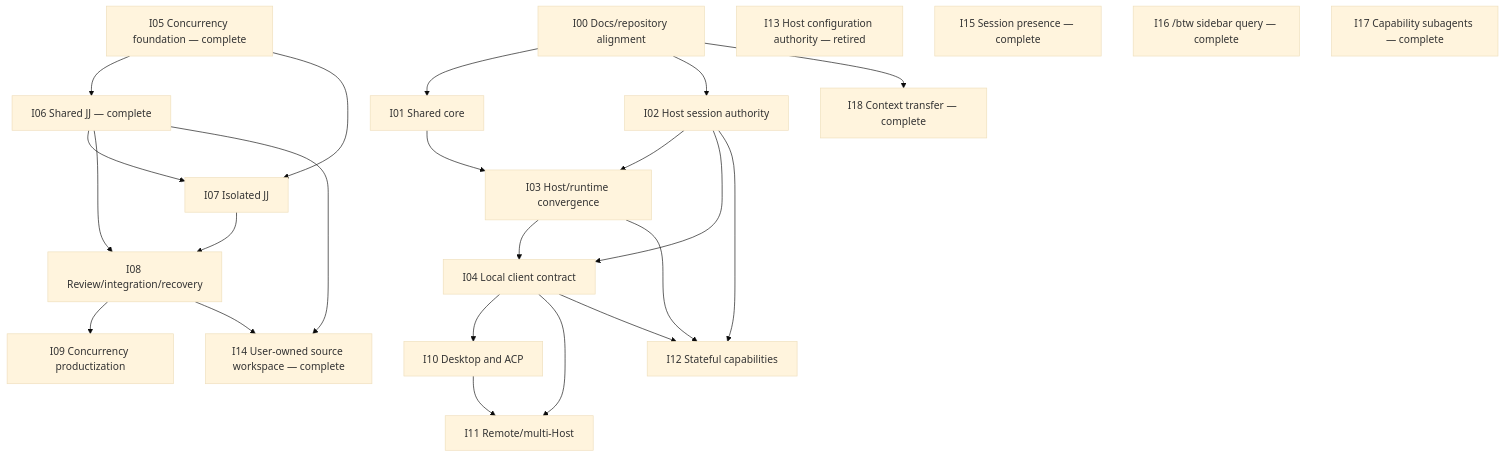
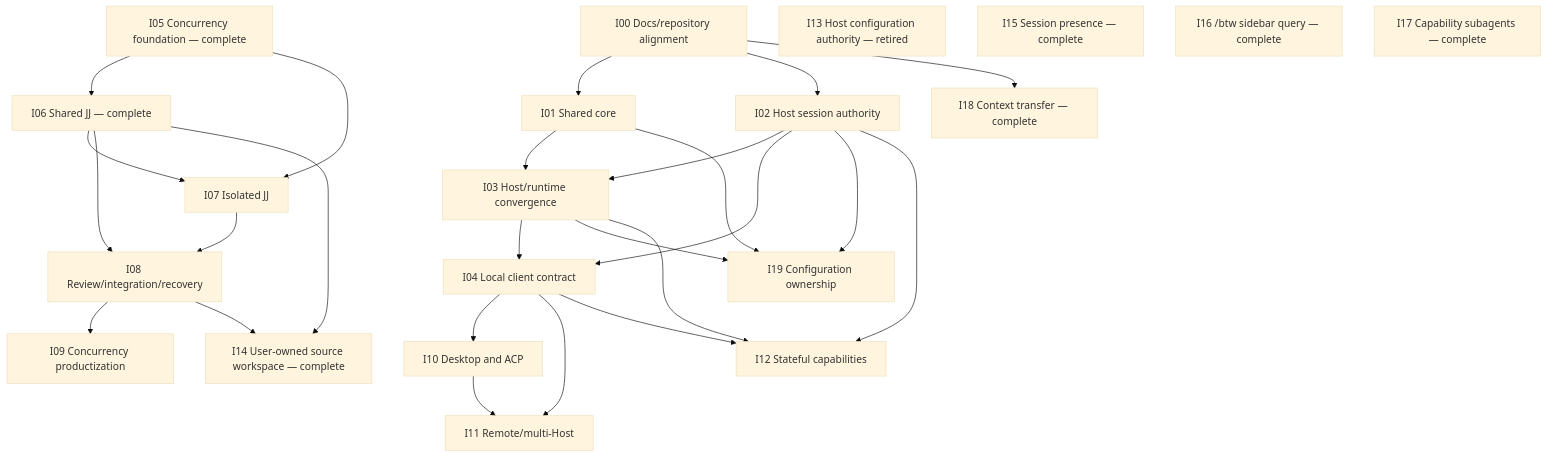
Before and after one commit to xavierchanth/pi-guardian: the diagram in docs/roadmap/README.md, drawn with Mermaid (base theme). The commit also changed other lines of this file and 1 other file, not shown here.

Commit message:
docs(roadmap): add configuration ownership initiative

````diff
--- a/docs/roadmap/README.md
+++ b/docs/roadmap/README.md
@@ -48,46 +49,50 @@
 ```mermaid
 graph TD
   I00[I00 Docs/repository alignment]
   I01[I01 Shared core]
   I02[I02 Host session authority]
   I03[I03 Host/runtime convergence]
   I04[I04 Local client contract]
   I05[I05 Concurrency foundation — complete]
   I06[I06 Shared JJ — complete]
   I07[I07 Isolated JJ]
   I08[I08 Review/integration/recovery]
   I09[I09 Concurrency productization]
   I10[I10 Desktop and ACP]
   I11[I11 Remote/multi-Host]
   I12[I12 Stateful capabilities]
   I13[I13 Host configuration authority — retired]
   I14[I14 User-owned source workspace — complete]
   I15[I15 Session presence — complete]
   I16[I16 /btw sidebar query — complete]
   I17[I17 Capability subagents — complete]
   I18[I18 Context transfer — complete]
+  I19[I19 Configuration ownership]
 
   I00 --> I01
   I00 --> I02
   I01 --> I03
   I02 --> I03
   I02 --> I04
   I03 --> I04
   I00 --> I18
+  I01 --> I19
+  I02 --> I19
+  I03 --> I19
 
   I05 --> I06
   I05 --> I07
   I06 --> I07
   I06 --> I08
   I07 --> I08
   I08 --> I09
   I06 --> I14
   I08 --> I14
 
   I04 --> I10
   I04 --> I11
   I10 --> I11
   I02 --> I12
   I03 --> I12
   I04 --> I12
 ```
````
